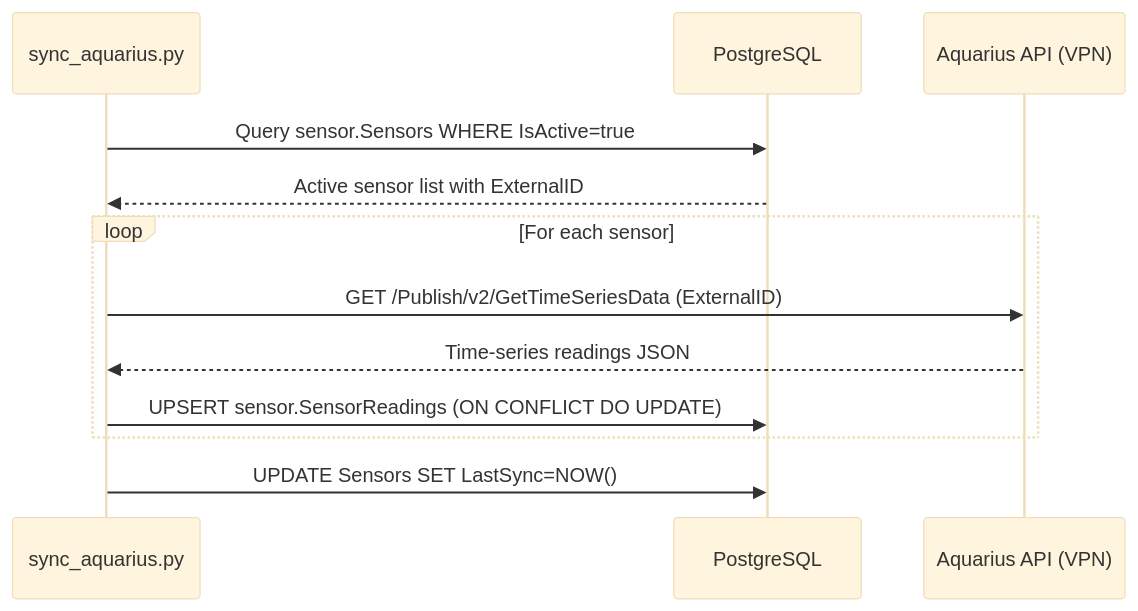
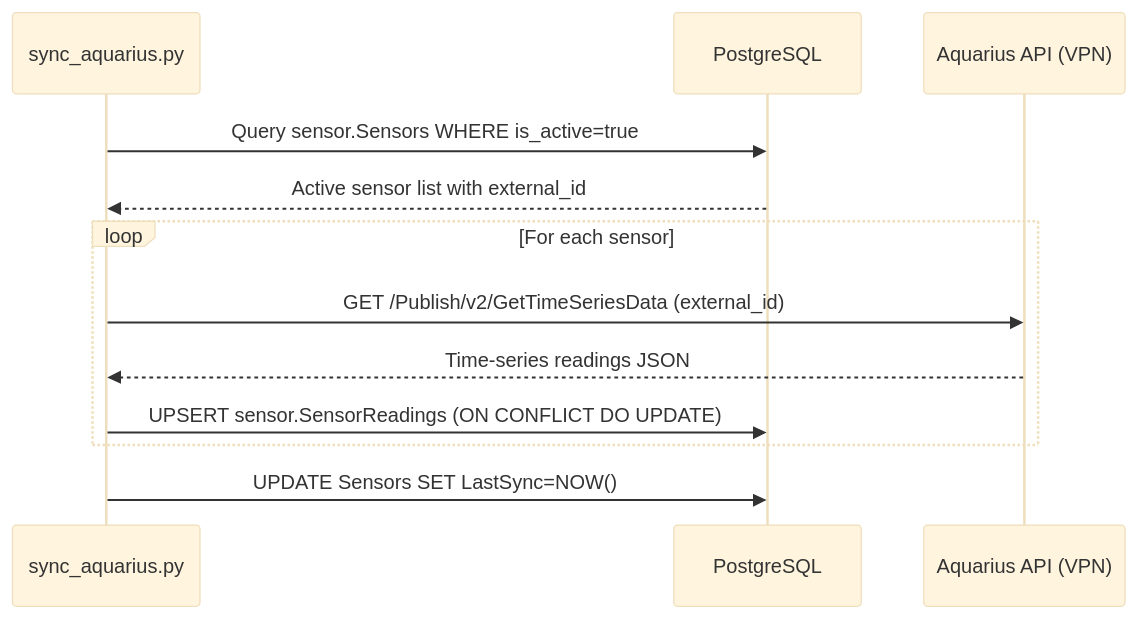
Before and after one commit to XRFutureForests/digital-twin-db: the sixth of 8 diagrams in docs/architecture.md, drawn with Mermaid (base theme). The commit also changed other lines of this file and 11 other files, not shown here.

First line of the commit message:
docs: snake_case column names in examples and schema references

````diff
--- a/docs/architecture.md
+++ b/docs/architecture.md
@@ -314,15 +314,15 @@
 ```mermaid
 sequenceDiagram
     participant Script as sync_aquarius.py
     participant PG as PostgreSQL
     participant AQ as Aquarius API (VPN)
 
-    Script->>PG: Query sensor.Sensors WHERE IsActive=true
-    PG-->>Script: Active sensor list with ExternalID
+    Script->>PG: Query sensor.Sensors WHERE is_active=true
+    PG-->>Script: Active sensor list with external_id
     loop For each sensor
-        Script->>AQ: GET /Publish/v2/GetTimeSeriesData (ExternalID)
+        Script->>AQ: GET /Publish/v2/GetTimeSeriesData (external_id)
         AQ-->>Script: Time-series readings JSON
         Script->>PG: UPSERT sensor.SensorReadings (ON CONFLICT DO UPDATE)
     end
     Script->>PG: UPDATE Sensors SET LastSync=NOW()
 ```
````
